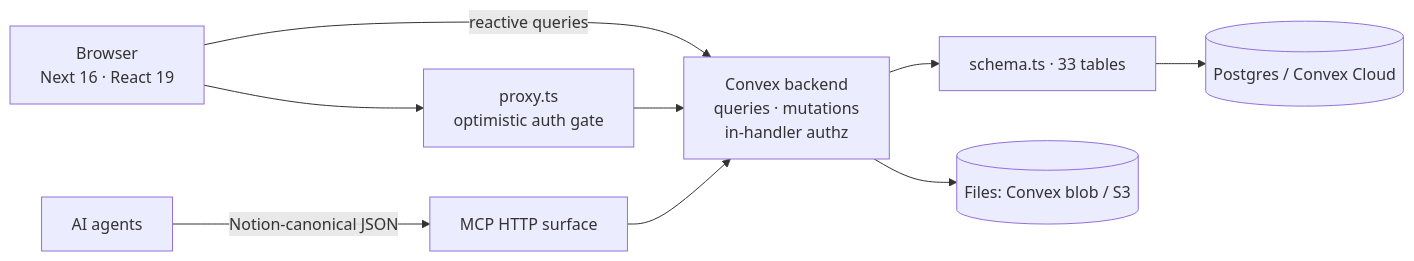
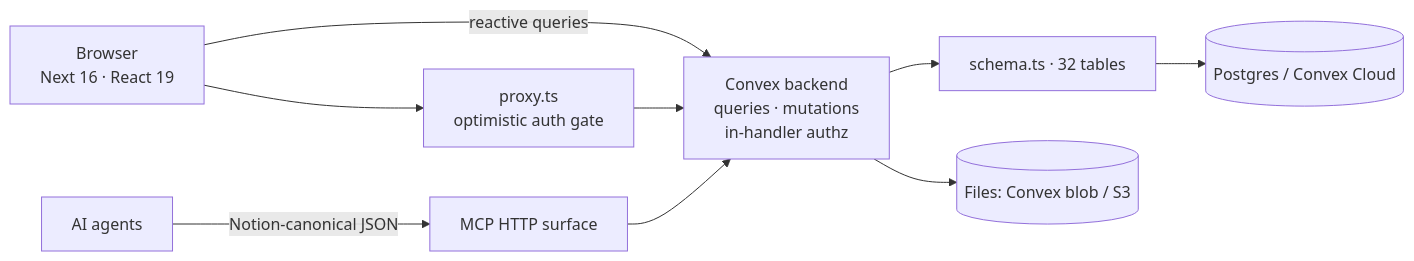
One commit to rahmanef63/open-silong changed the diagram in README.md. Above: the diagram before and after it, drawn with Mermaid. The commit also changed other lines of this file and 2 other files, not shown here.

````diff
--- a/README.md
+++ b/README.md
@@ -174,10 +177,10 @@
 ```mermaid
 flowchart LR
     B["Browser<br/>Next 16 · React 19"] --> P["proxy.ts<br/>optimistic auth gate"]
     B -- "reactive queries" --> C["Convex backend<br/>queries · mutations<br/>in-handler authz"]
     P --> C
-    C --> S["schema.ts · 33 tables"]
+    C --> S["schema.ts · 32 tables"]
     S --> DB[("Postgres / Convex Cloud")]
     C --> F[("Files: Convex blob / S3")]
     A["AI agents"] -- "Notion-canonical JSON" --> H["MCP HTTP surface"] --> C
 ```
````
